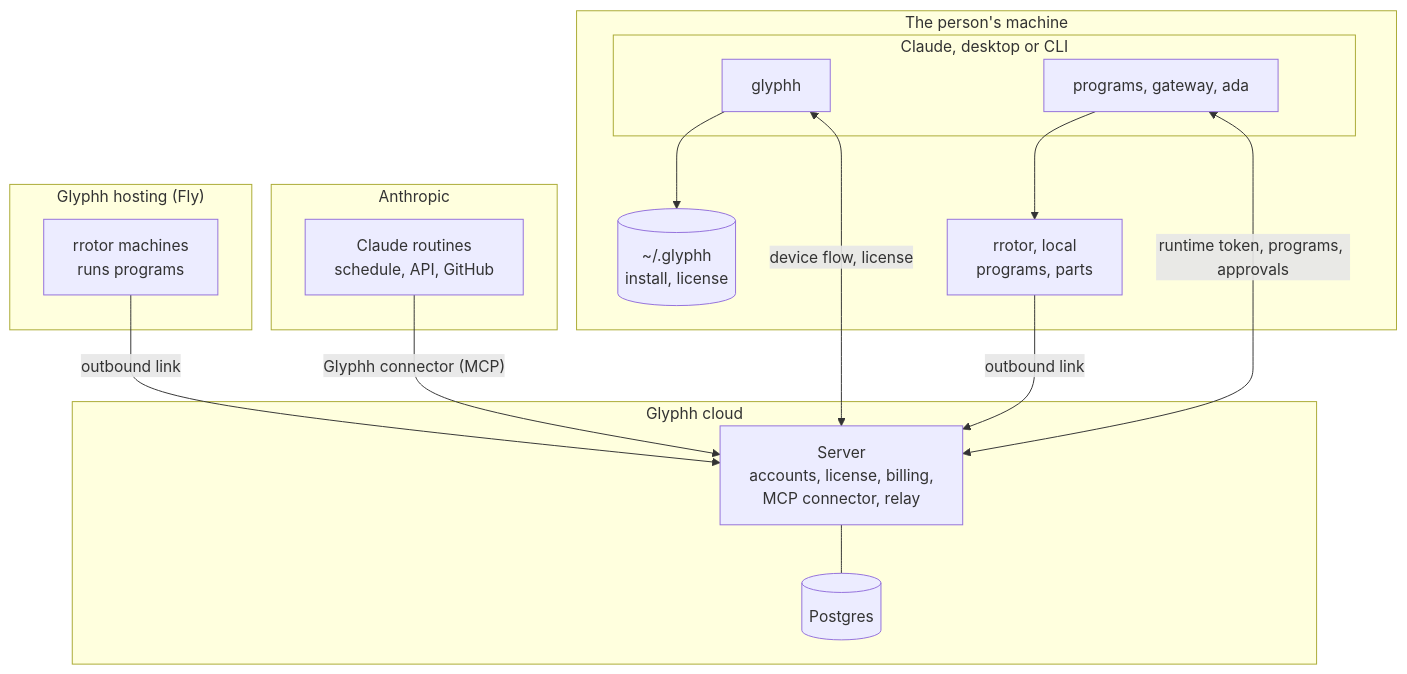
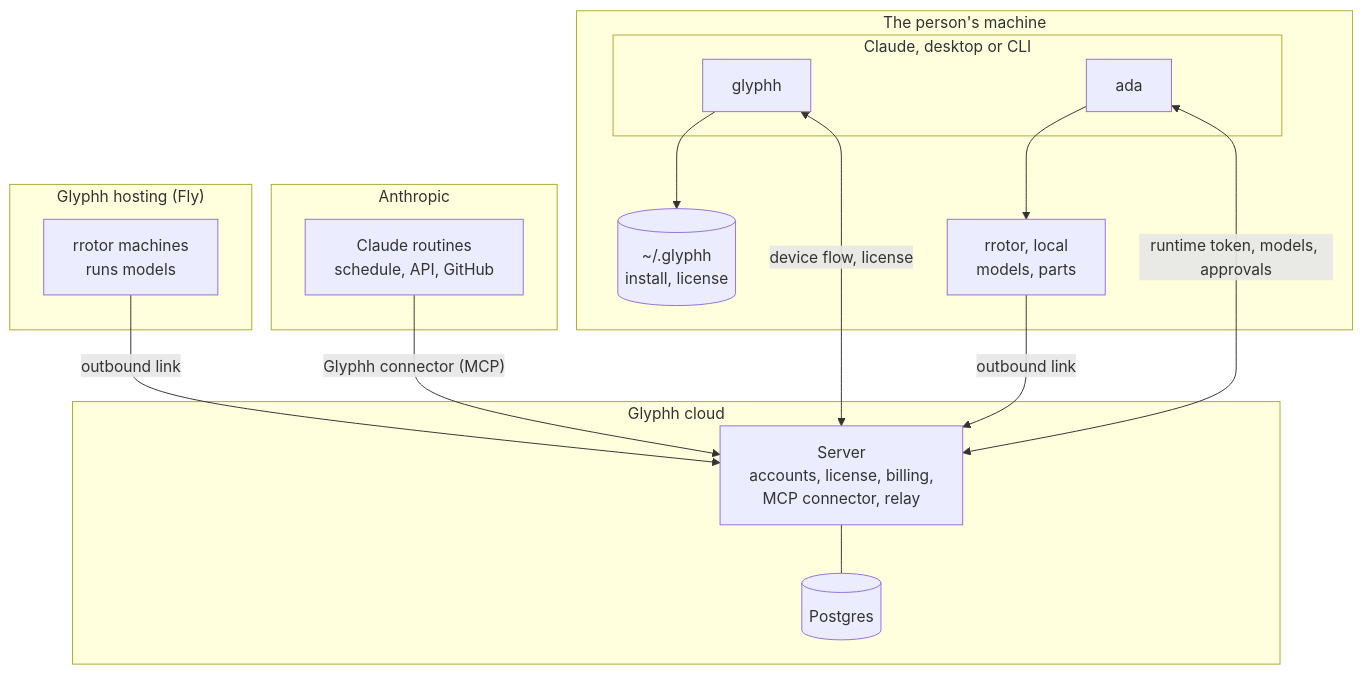
One commit to glyphh-ai/server changed the first of 2 diagrams in docs/architecture.md. Above: the diagram before and after it, drawn with Mermaid. The commit also changed other lines of this file and 16 other files, not shown here.

First line of the commit message:
Programs and Gateway go: Ada is the one add-on

````diff
--- a/docs/architecture.md
+++ b/docs/architecture.md
@@ -26,33 +24,33 @@
 ```mermaid
 flowchart TB
     subgraph Machine["The person's machine"]
         subgraph Claude["Claude, desktop or CLI"]
             Base["glyphh"]
-            PR["programs, gateway, ada"]
+            Ada["ada"]
         end
-        LocalRotor["rrotor, local<br/>programs, parts"]
+        LocalRotor["rrotor, local<br/>models, parts"]
         Local[("~/.glyphh<br/>install, license")]
-        PR --> LocalRotor
+        Ada --> LocalRotor
         Base --> Local
     end
 
     subgraph Anthropic["Anthropic"]
         Routine["Claude routines<br/>schedule, API, GitHub"]
     end
 
     subgraph Cloud["Glyphh cloud"]
         API["Server<br/>accounts, license, billing,<br/>MCP connector, relay"]
         DB[("Postgres")]
         API --- DB
     end
 
     subgraph Fly["Glyphh hosting (Fly)"]
-        Rotor["rrotor machines<br/>runs programs"]
+        Rotor["rrotor machines<br/>runs models"]
     end
 
     Base <-- "device flow, license" --> API
-    PR <-- "runtime token, programs, approvals" --> API
+    Ada <-- "runtime token, models, approvals" --> API
     Routine -- "Glyphh connector (MCP)" --> API
     Rotor -- "outbound link" --> API
     LocalRotor -- "outbound link" --> API
 ```
````
